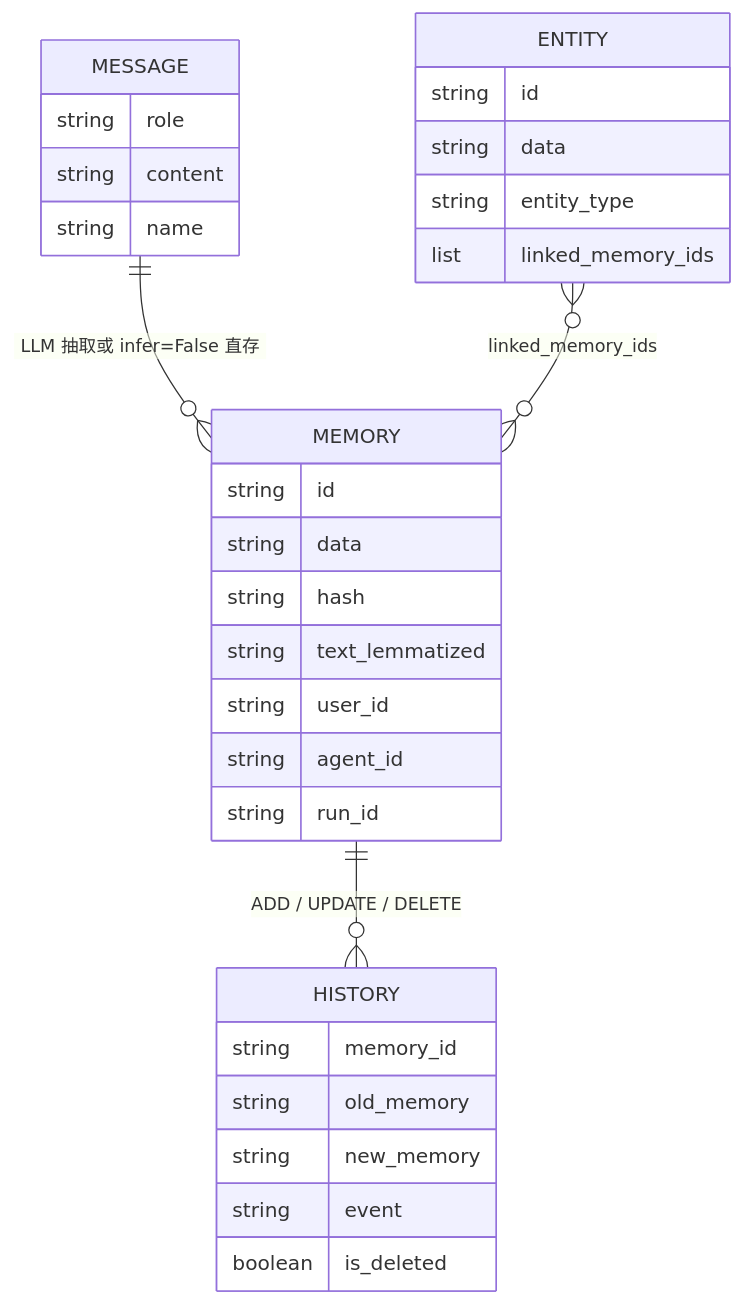
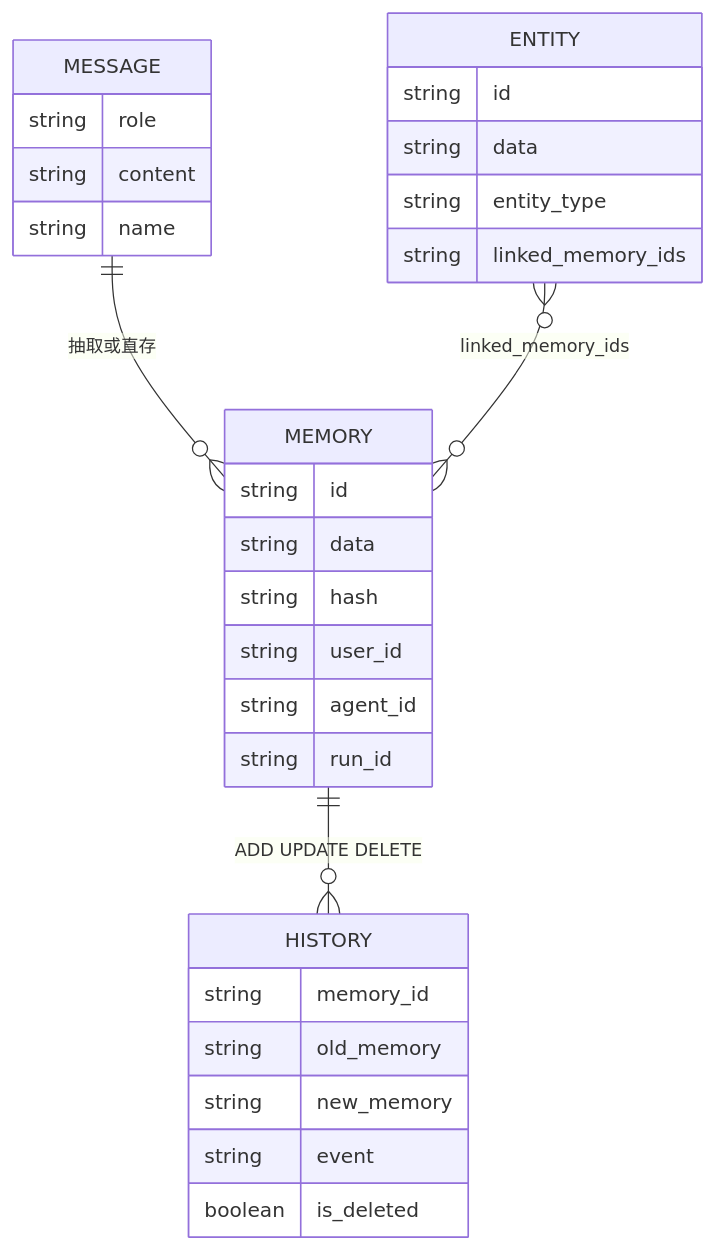
Before and after one commit to StevenLZM/mem0: the seventh of 8 diagrams in docs/learning/mem0-memory-system-design.zh-CN.md, drawn with Mermaid. The commit also changed other lines of this file, not shown here.

Commit message:
docs: refine memory system foundations

````diff
--- a/docs/learning/mem0-memory-system-design.zh-CN.md
+++ b/docs/learning/mem0-memory-system-design.zh-CN.md
@@ -454,33 +416,32 @@
 ```mermaid
 erDiagram
-    MESSAGE ||--o{ MEMORY : "LLM 抽取或 infer=False 直存"
-    MEMORY ||--o{ HISTORY : "ADD / UPDATE / DELETE"
+    MESSAGE ||--o{ MEMORY : "抽取或直存"
+    MEMORY ||--o{ HISTORY : "ADD UPDATE DELETE"
     ENTITY }o--o{ MEMORY : "linked_memory_ids"
     MESSAGE {
         string role
         string content
         string name
     }
     MEMORY {
         string id
         string data
         string hash
-        string text_lemmatized
         string user_id
         string agent_id
         string run_id
     }
     ENTITY {
         string id
         string data
         string entity_type
-        list linked_memory_ids
+        string linked_memory_ids
     }
     HISTORY {
         string memory_id
         string old_memory
         string new_memory
         string event
         boolean is_deleted
     }
 ```
````
